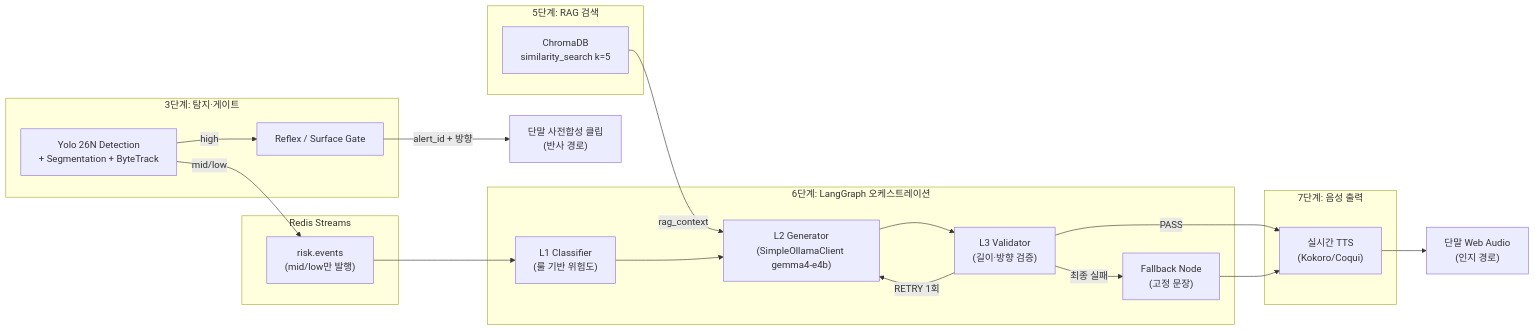
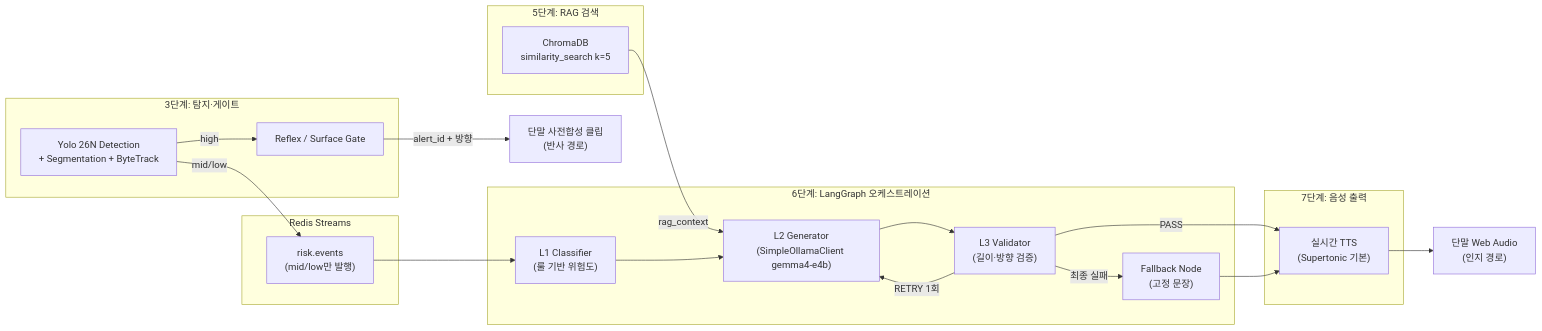
One commit to Groog-sudo/Minchodan changed the first of 2 diagrams in docs/stage-guides/stage6_orchestration_design.md. Above: the diagram before and after it, drawn with Mermaid. The commit also changed other lines of this file and 23 other files, not shown here.

````diff
--- a/docs/stage-guides/stage6_orchestration_design.md
+++ b/docs/stage-guides/stage6_orchestration_design.md
@@ -28,39 +28,39 @@
 ```mermaid
 graph LR
     subgraph Stage3 ["3단계: 탐지·게이트"]
         Det["Yolo 26N Detection<br/>+ Segmentation + ByteTrack"]
         Gate["Reflex / Surface Gate"]
     end
 
     subgraph Bus ["Redis Streams"]
         Stream["risk.events<br/>(mid/low만 발행)"]
     end
 
     subgraph Stage5 ["5단계: RAG 검색"]
         RAG["ChromaDB<br/>similarity_search k=5"]
     end
 
     subgraph Stage6 ["6단계: LangGraph 오케스트레이션"]
         L1["L1 Classifier<br/>(룰 기반 위험도)"]
         L2["L2 Generator<br/>(SimpleOllamaClient gemma4-e4b)"]
         L3["L3 Validator<br/>(길이·방향 검증)"]
         FB["Fallback Node<br/>(고정 문장)"]
     end
 
     subgraph Stage7 ["7단계: 음성 출력"]
-        TTS["실시간 TTS<br/>(Kokoro/Coqui)"]
+        TTS["실시간 TTS<br/>(Supertonic 기본)"]
     end
 
     Det -->|"high"| Gate
     Gate -->|"alert_id + 방향"| Phone1["단말 사전합성 클립<br/>(반사 경로)"]
     Det -->|"mid/low"| Stream
     Stream --> L1
     RAG -->|"rag_context"| L2
     L1 --> L2
     L2 --> L3
     L3 -->|"PASS"| TTS
     L3 -->|"RETRY 1회"| L2
     L3 -->|"최종 실패"| FB
     FB --> TTS
     TTS --> Phone2["단말 Web Audio<br/>(인지 경로)"]
 ```
````
